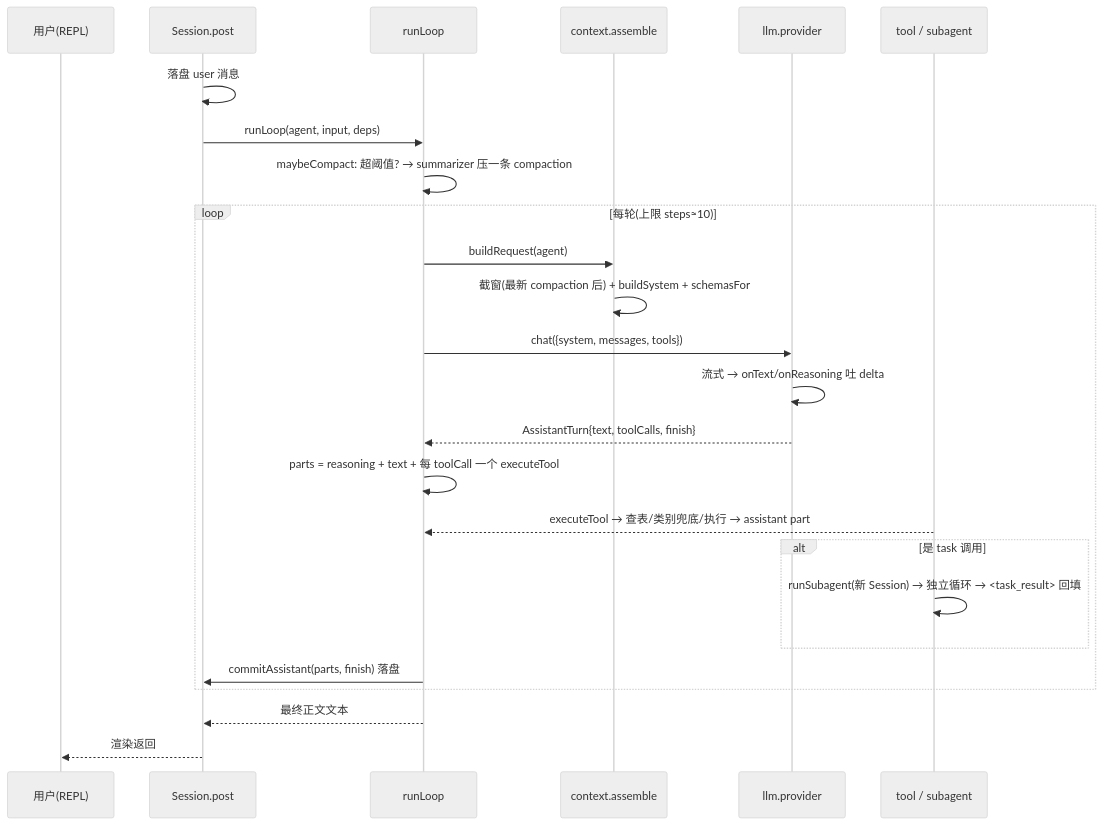
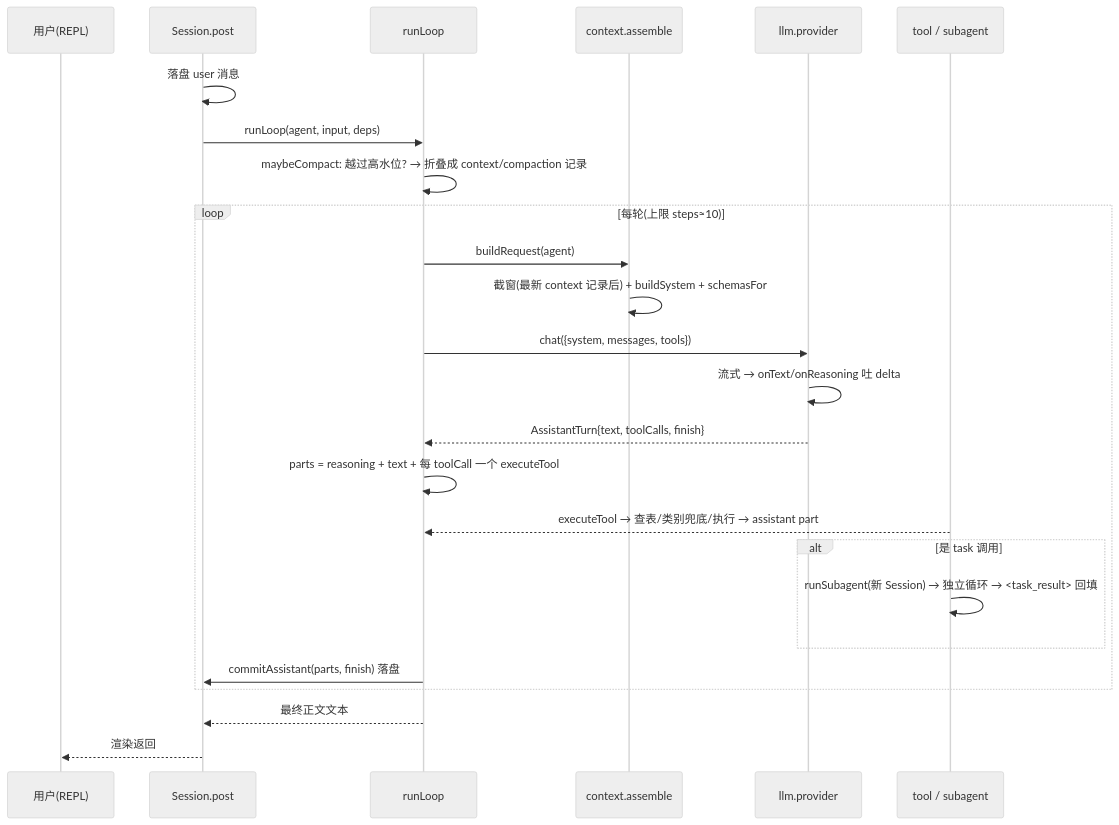
Before and after one commit to Sunshine334419520/talemate: the diagram in docs/architecture.md, drawn with Mermaid (neutral theme). The commit also changed other lines of this file and 45 other files, not shown here.

````diff
--- a/docs/architecture.md
+++ b/docs/architecture.md
@@ -92,27 +92,27 @@
 ```mermaid
 sequenceDiagram
     participant U as 用户(REPL)
     participant S as Session.post
     participant L as runLoop
     participant C as context.assemble
     participant LLM as llm.provider
     participant T as tool / subagent
     S->>S: 落盘 user 消息
     S->>L: runLoop(agent, input, deps)
-    L->>L: maybeCompact: 超阈值? → summarizer 压一条 compaction
+    L->>L: maybeCompact: 越过高水位? → 折叠成 context/compaction 记录
     loop 每轮(上限 steps≈10)
         L->>C: buildRequest(agent)
-        C->>C: 截窗(最新 compaction 后) + buildSystem + schemasFor
+        C->>C: 截窗(最新 context 记录后) + buildSystem + schemasFor
         L->>LLM: chat({system, messages, tools})
         LLM->>LLM: 流式 → onText/onReasoning 吐 delta
         LLM-->>L: AssistantTurn{text, toolCalls, finish}
         L->>L: parts = reasoning + text + 每 toolCall 一个 executeTool
         T-->>L: executeTool → 查表/类别兜底/执行 → assistant part
         alt 是 task 调用
             T->>T: runSubagent(新 Session) → 独立循环 → <task_result> 回填
         end
         L->>S: commitAssistant(parts, finish) 落盘
     end
     L-->>S: 最终正文文本
     S-->>U: 渲染返回
 ```
````
